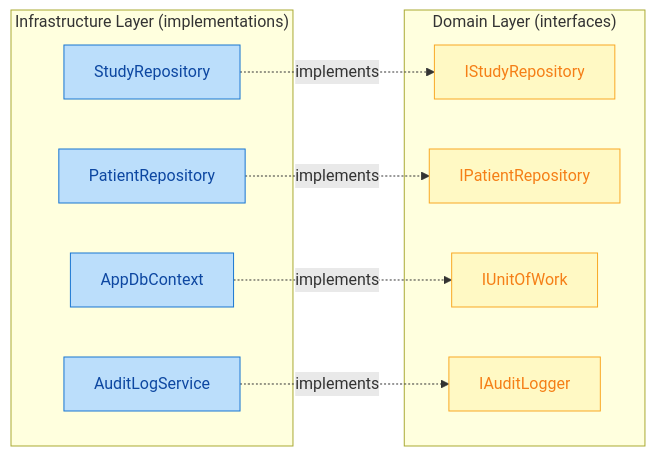
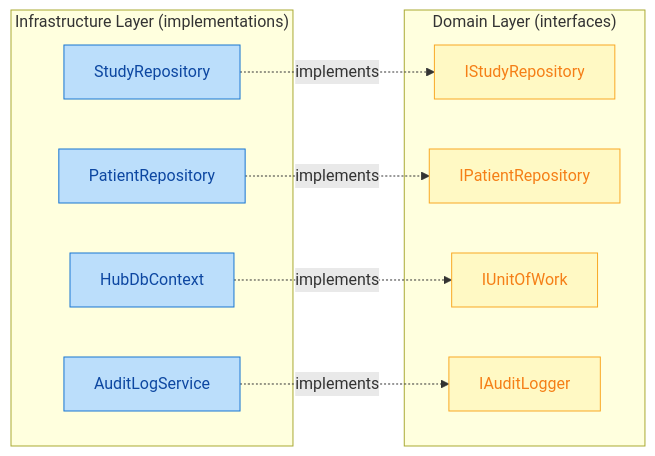
The second of 2 diagrams in EdgeGuard.Platform/docs/03-architecture/clean-architecture.md (UrielAvilaC/EdgeGuard.Platform), drawn with Mermaid before and after one commit. The commit also changed other lines of this file and 63 other files, not shown here.

````diff
--- a/EdgeGuard.Platform/docs/03-architecture/clean-architecture.md
+++ b/EdgeGuard.Platform/docs/03-architecture/clean-architecture.md
@@ -70,26 +70,26 @@
 ```mermaid
 flowchart LR
     subgraph DomainLayer["Domain Layer (interfaces)"]
         IS["IStudyRepository"]
         IP["IPatientRepository"]
         IU["IUnitOfWork"]
         IA["IAuditLogger"]
     end
 
     subgraph InfraLayer["Infrastructure Layer (implementations)"]
         SR["StudyRepository"]
         PR["PatientRepository"]
-        DB["AppDbContext"]
+        DB["HubDbContext"]
         AL["AuditLogService"]
     end
 
     SR -. "implements" .-> IS
     PR -. "implements" .-> IP
     DB -. "implements" .-> IU
     AL -. "implements" .-> IA
 
     classDef domain fill:#fff9c4,stroke:#f9a825,color:#f57f17
     classDef infra fill:#bbdefb,stroke:#1976d2,color:#0d47a1
     class IS,IP,IU,IA domain
     class SR,PR,DB,AL infra
 ```
````
